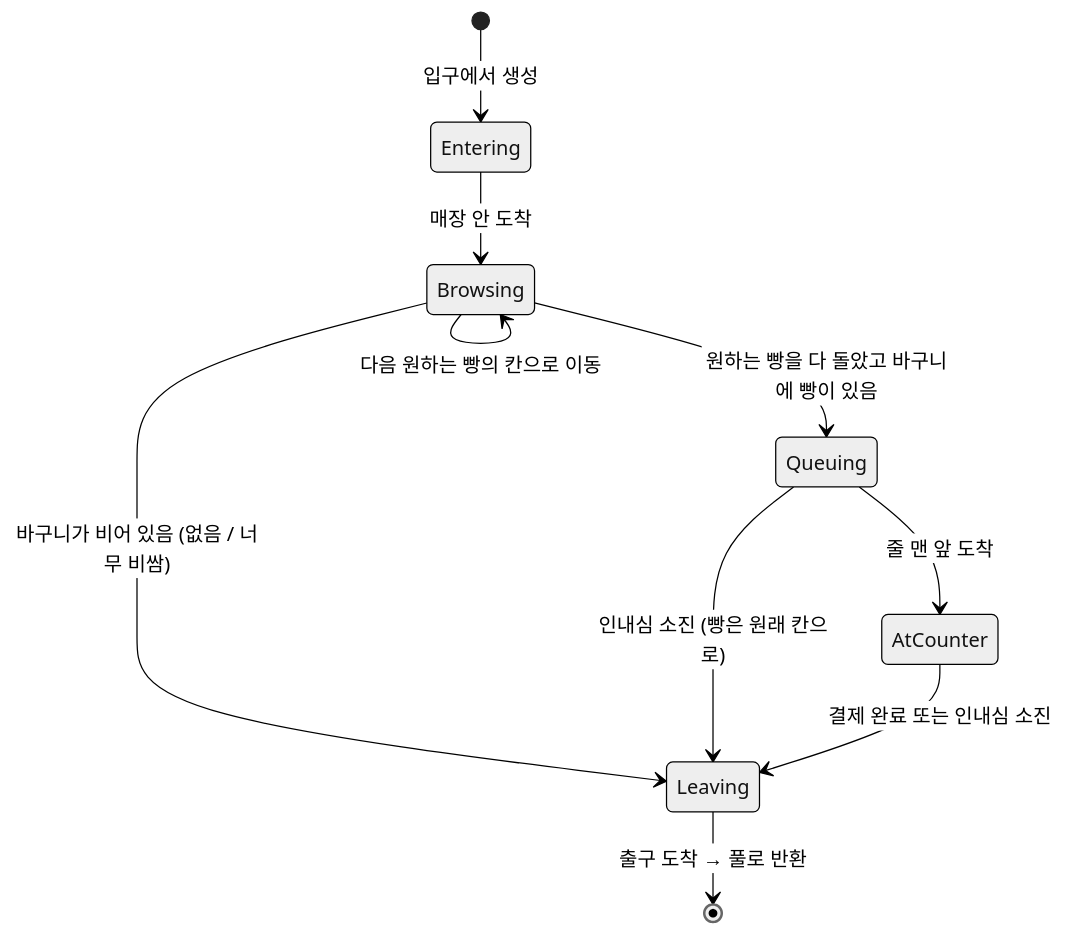
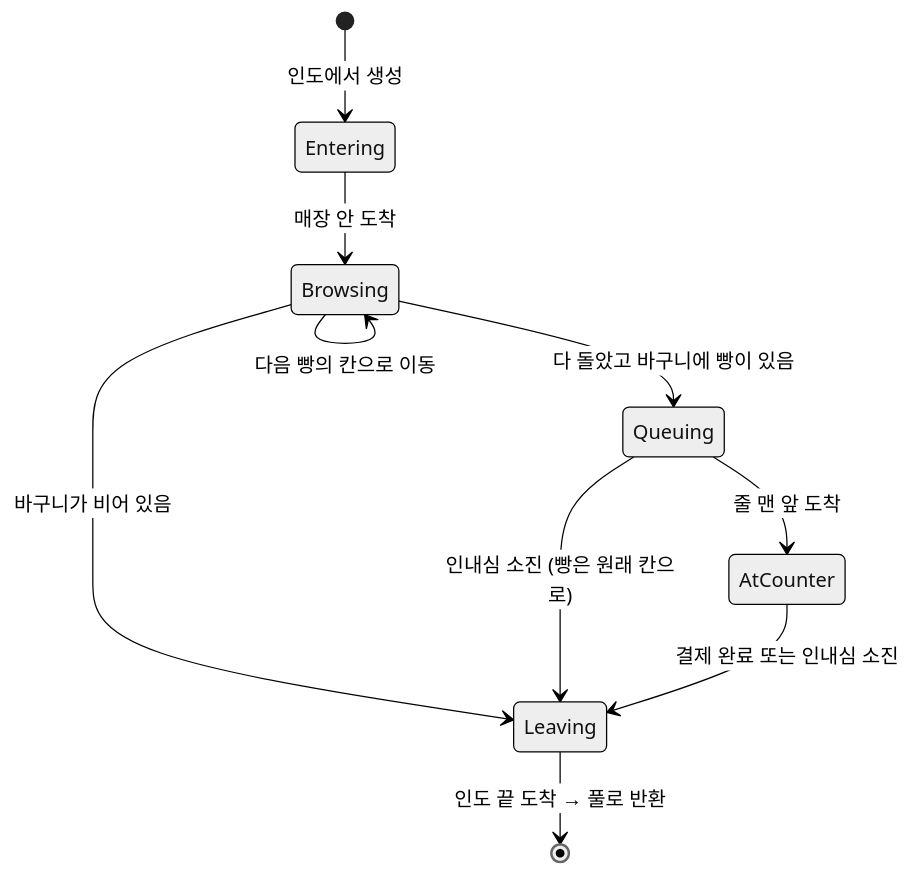
One commit to SeanKim0719/bakery-shop-simulator changed the first of 2 diagrams in docs/design/05-customer-and-checkout.md. Above: the diagram before and after it, drawn with Mermaid (neutral theme). The commit also changed other lines of this file and 43 other files, not shown here.

````diff
--- a/docs/design/05-customer-and-checkout.md
+++ b/docs/design/05-customer-and-checkout.md
@@ -7,12 +7,12 @@
 ```mermaid
 stateDiagram-v2
-    [*] --> Entering: 입구에서 생성
+    [*] --> Entering: 인도에서 생성
     Entering --> Browsing: 매장 안 도착
-    Browsing --> Browsing: 다음 원하는 빵의 칸으로 이동
-    Browsing --> Queuing: 원하는 빵을 다 돌았고 바구니에 빵이 있음
-    Browsing --> Leaving: 바구니가 비어 있음 (없음 / 너무 비쌈)
+    Browsing --> Browsing: 다음 빵의 칸으로 이동
+    Browsing --> Queuing: 다 돌았고 바구니에 빵이 있음
+    Browsing --> Leaving: 바구니가 비어 있음
     Queuing --> AtCounter: 줄 맨 앞 도착
     Queuing --> Leaving: 인내심 소진 (빵은 원래 칸으로)
     AtCounter --> Leaving: 결제 완료 또는 인내심 소진
-    Leaving --> [*]: 출구 도착 → 풀로 반환
+    Leaving --> [*]: 인도 끝 도착 → 풀로 반환
 ```
````
